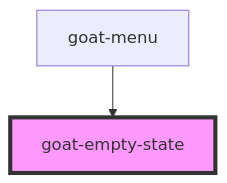
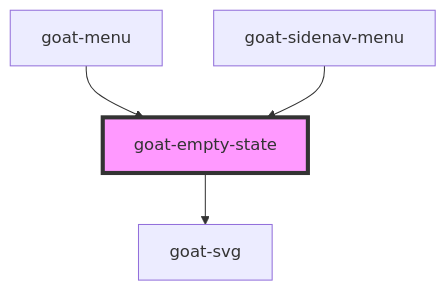
The diagram in src/components/content/empty-state/readme.md (goatui/components), drawn with Mermaid before and after one commit. The commit also changed other lines of this file and 314 other files, not shown here.

````diff
--- a/src/components/content/empty-state/readme.md
+++ b/src/components/content/empty-state/readme.md
@@ -23,5 +28,7 @@
 ```mermaid
 graph TD;
+  goat-empty-state --> goat-svg
   goat-menu --> goat-empty-state
+  goat-sidenav-menu --> goat-empty-state
   style goat-empty-state fill:#f9f,stroke:#333,stroke-width:4px
 ```
````
